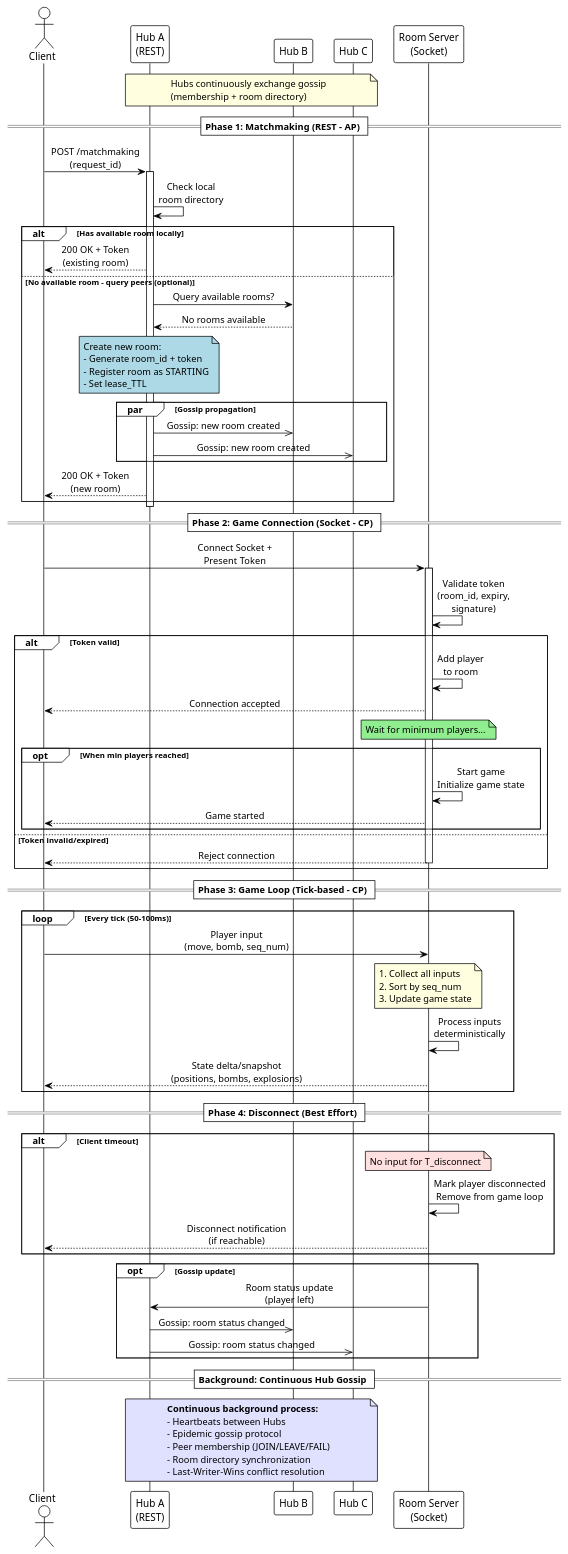
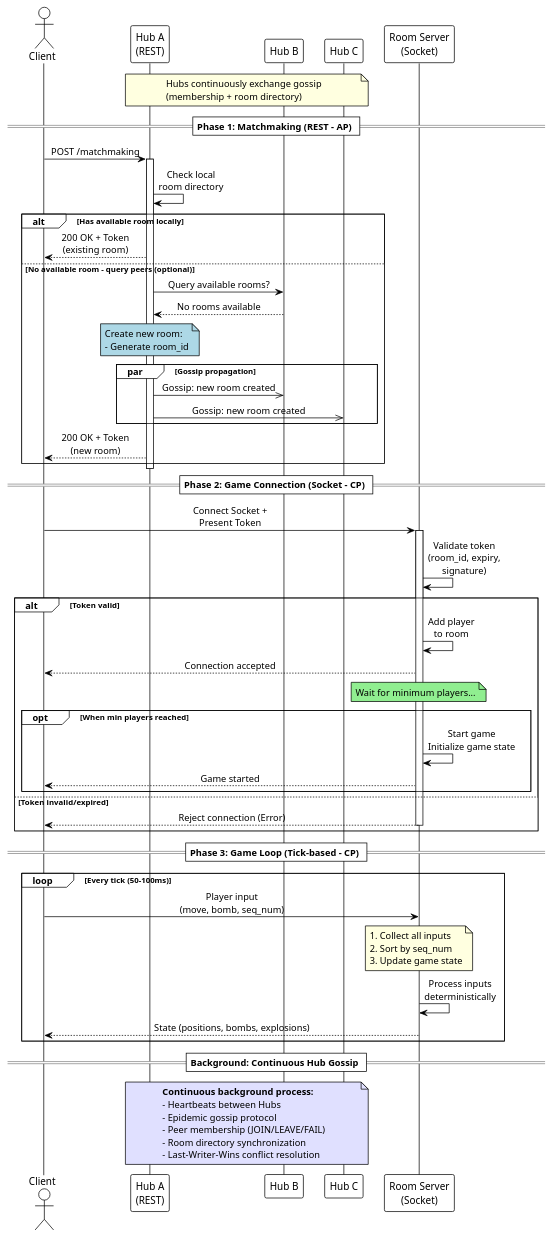
Before and after one commit to Distributed-System-AA-2025-2026/Bomberman: the diagram in notes/diagrams/sequence.puml, drawn with PlantUML. The commit also changed 5 other files, not shown here.

```diff
--- a/notes/diagrams/sequence.puml
+++ b/notes/diagrams/sequence.puml
@@ -1,119 +1,99 @@
 @startuml Bomberman Architecture - High Level Interactions
 
 !theme plain
 skinparam sequenceMessageAlign center
 skinparam responseMessageBelowArrow true
 
 actor Client
 participant "Hub A\n(REST)" as HubA
 participant "Hub B" as HubB
 participant "Hub C" as HubC
 participant "Room Server\n(Socket)" as Room
 
 note over HubA, HubC #FFFFE0
     Hubs continuously exchange gossip
     (membership + room directory)
 end note
 
 == Phase 1: Matchmaking (REST - AP) ==
 
-Client -> HubA: POST /matchmaking\n(request_id)
+Client -> HubA: POST /matchmaking
 activate HubA
 
 HubA -> HubA: Check local\nroom directory
 
 alt Has available room locally
     HubA --> Client: 200 OK + Token\n(existing room)
 
 else No available room - query peers (optional)
     HubA -> HubB: Query available rooms?
     HubB --> HubA: No rooms available
 
     note over HubA #LightBlue
         Create new room:
-        - Generate room_id + token
-        - Register room as STARTING
-        - Set lease_TTL
+        - Generate room_id
     end note
 
     par Gossip propagation
         HubA ->> HubB: Gossip: new room created
         HubA ->> HubC: Gossip: new room created
     end
 
     HubA --> Client: 200 OK + Token\n(new room)
 end
 
 deactivate HubA
 
 == Phase 2: Game Connection (Socket - CP) ==
 
 Client -> Room: Connect Socket +\nPresent Token
 activate Room
 
 Room -> Room: Validate token\n(room_id, expiry,\nsignature)
 
 alt Token valid
     Room -> Room: Add player\nto room
     Room --> Client: Connection accepted
 
     note over Room #LightGreen
         Wait for minimum players...
     end note
 
     opt When min players reached
         Room -> Room: Start game\nInitialize game state
         Room --> Client: Game started
     end
 
 else Token invalid/expired
-    Room --> Client: Reject connection
+    Room --> Client: Reject connection (Error)
     deactivate Room
 end
 
 == Phase 3: Game Loop (Tick-based - CP) ==
 
 loop Every tick (50-100ms)
     Client -> Room: Player input\n(move, bomb, seq_num)
 
     note over Room #FFFFE0
         1. Collect all inputs
         2. Sort by seq_num
         3. Update game state
     end note
 
     Room -> Room: Process inputs\ndeterministically
 
-    Room --> Client: State delta/snapshot\n(positions, bombs, explosions)
-end
-
-== Phase 4: Disconnect (Best Effort) ==
-
-alt Client timeout
-    note over Room #FFE0E0
-        No input for T_disconnect
-    end note
-
-    Room -> Room: Mark player disconnected\nRemove from game loop
-    Room --> Client: Disconnect notification\n(if reachable)
-    deactivate Room
-end
-
-opt Gossip update
-    Room -> HubA: Room status update\n(player left)
-    HubA ->> HubB: Gossip: room status changed
-    HubA ->> HubC: Gossip: room status changed
+    Room --> Client: State (positions, bombs, explosions)
 end
 
 == Background: Continuous Hub Gossip ==
 
 note over HubA, HubC #E0E0FF
     **Continuous background process:**
     - Heartbeats between Hubs
     - Epidemic gossip protocol
     - Peer membership (JOIN/LEAVE/FAIL)
     - Room directory synchronization
     - Last-Writer-Wins conflict resolution
 end note
 
 @enduml
```
